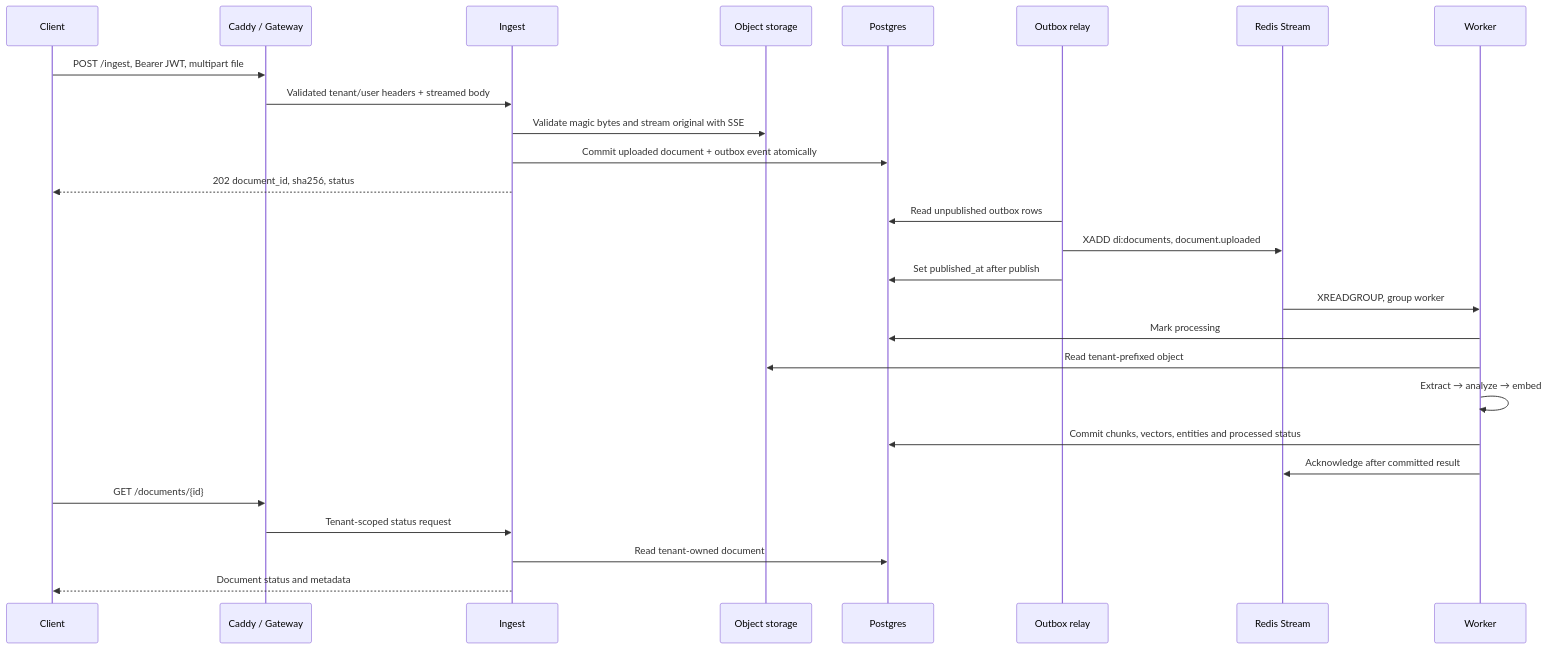
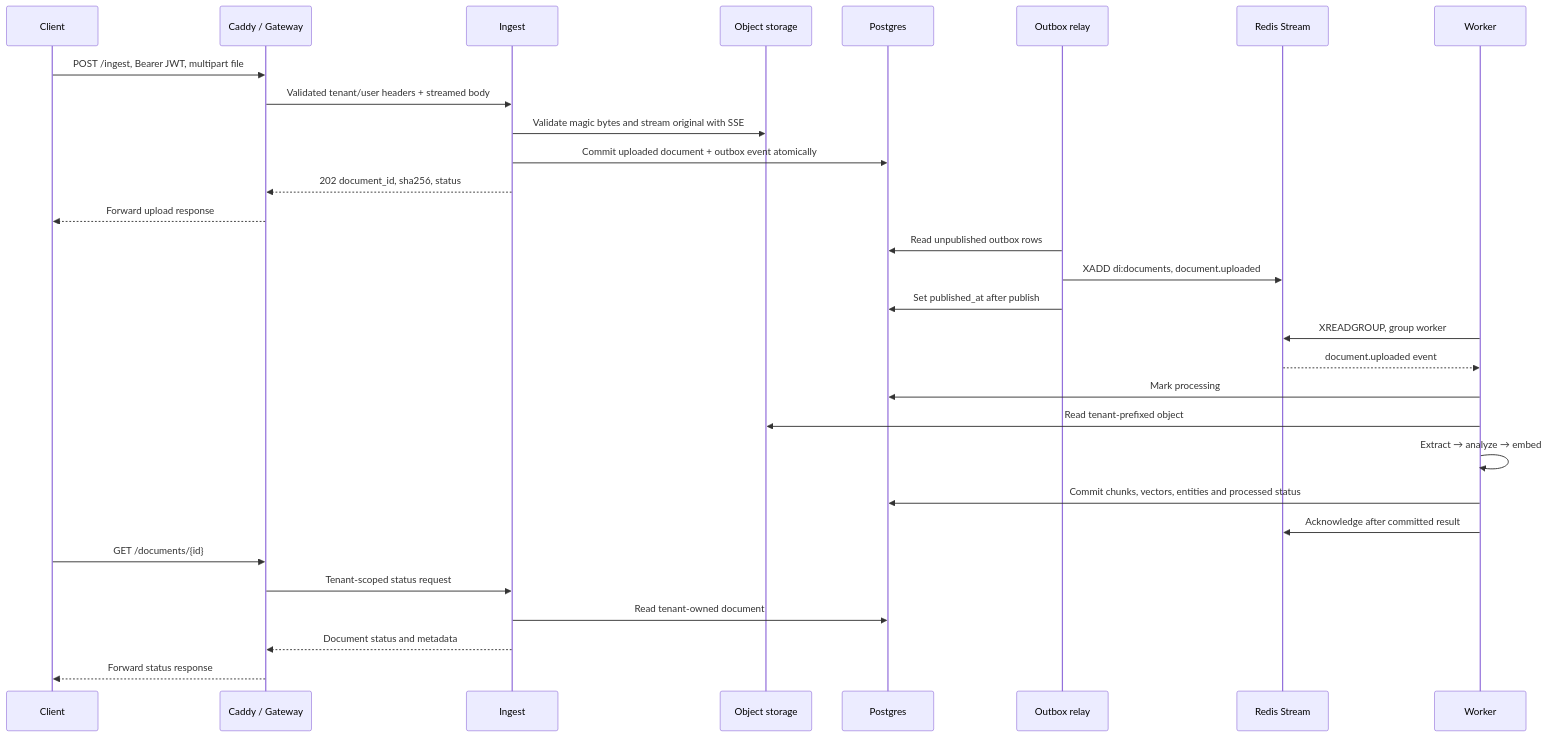
The second of 3 diagrams in docs/architecture.md (Karlo93/doc-insight), drawn with Mermaid before and after one commit. The commit also changed other lines of this file, not shown here.

Commit message:
docs: clarify delivery gaps and gateway response routing

````diff
--- a/docs/architecture.md
+++ b/docs/architecture.md
@@ -77,29 +80,32 @@
 ```mermaid
 sequenceDiagram
     participant C as Client
     participant G as Caddy / Gateway
     participant I as Ingest
     participant O as Object storage
     participant D as Postgres
     participant R as Outbox relay
     participant S as Redis Stream
     participant W as Worker
     C->>G: POST /ingest, Bearer JWT, multipart file
     G->>I: Validated tenant/user headers + streamed body
     I->>O: Validate magic bytes and stream original with SSE
     I->>D: Commit uploaded document + outbox event atomically
-    I-->>C: 202 document_id, sha256, status
+    I-->>G: 202 document_id, sha256, status
+    G-->>C: Forward upload response
     R->>D: Read unpublished outbox rows
     R->>S: XADD di:documents, document.uploaded
     R->>D: Set published_at after publish
-    S->>W: XREADGROUP, group worker
+    W->>S: XREADGROUP, group worker
+    S-->>W: document.uploaded event
     W->>D: Mark processing
     W->>O: Read tenant-prefixed object
     W->>W: Extract → analyze → embed
     W->>D: Commit chunks, vectors, entities and processed status
     W->>S: Acknowledge after committed result
     C->>G: GET /documents/{id}
     G->>I: Tenant-scoped status request
     I->>D: Read tenant-owned document
-    I-->>C: Document status and metadata
+    I-->>G: Document status and metadata
+    G-->>C: Forward status response
 ```
````
